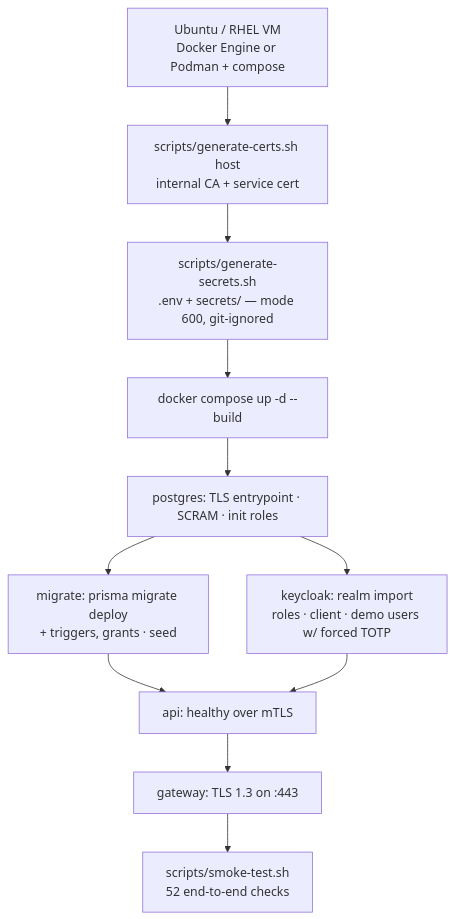
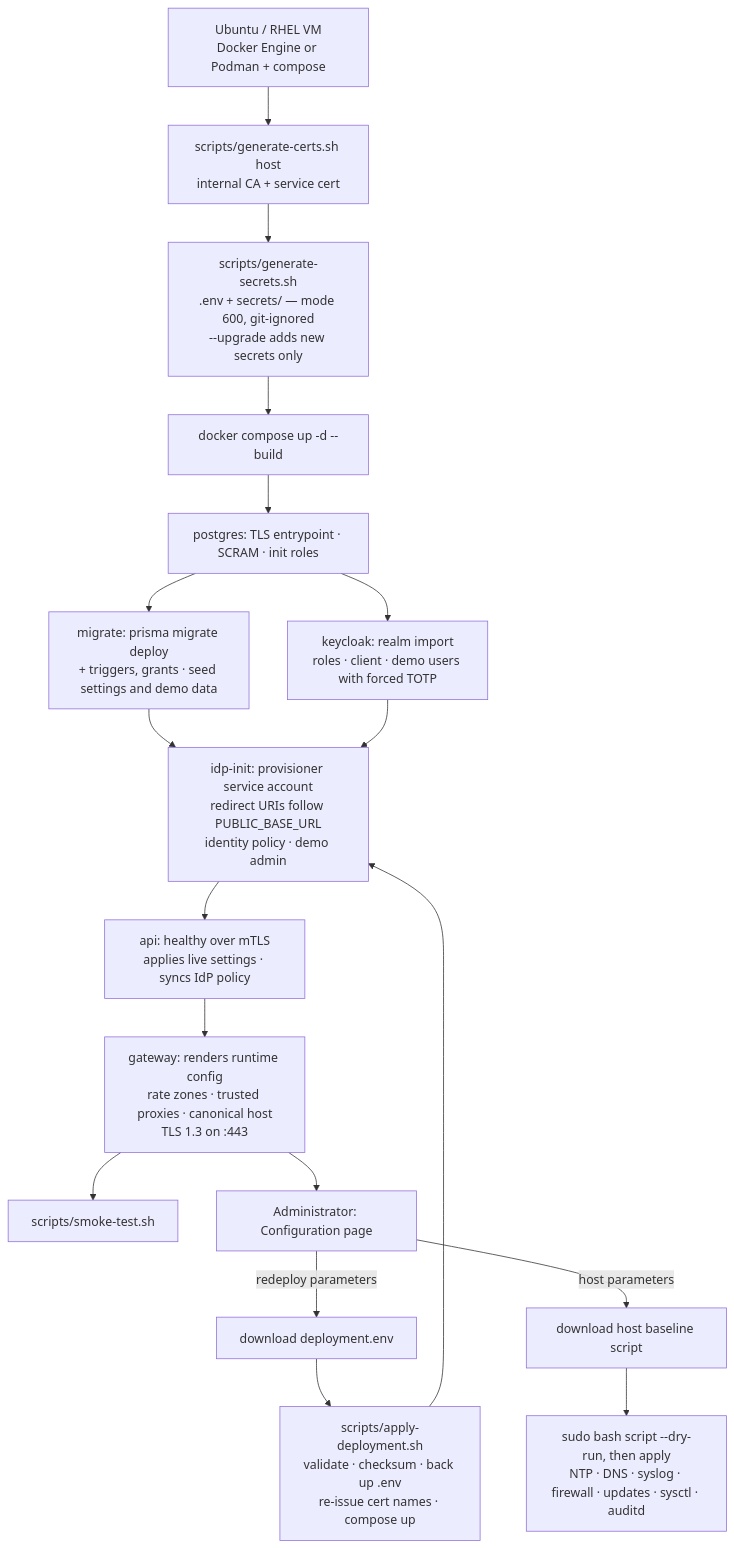
The ninth of 11 diagrams in docs/FLOWCHARTS.md (subas-007/CISO_DASHBOARD), drawn with Mermaid before and after one commit. The commit also changed other lines of this file and 99 other files, not shown here.

````diff
--- a/docs/FLOWCHARTS.md
+++ b/docs/FLOWCHARTS.md
@@ -216,13 +216,20 @@
 ```mermaid
 flowchart TD
     A[Ubuntu / RHEL VM<br/>Docker Engine or Podman + compose] --> B[scripts/generate-certs.sh host<br/>internal CA + service cert]
-    B --> C[scripts/generate-secrets.sh<br/>.env + secrets/ — mode 600, git-ignored]
+    B --> C[scripts/generate-secrets.sh<br/>.env + secrets/ — mode 600, git-ignored<br/>--upgrade adds new secrets only]
     C --> D[docker compose up -d --build]
     D --> E[postgres: TLS entrypoint · SCRAM · init roles]
-    E --> F[migrate: prisma migrate deploy<br/>+ triggers, grants · seed]
-    E --> G[keycloak: realm import<br/>roles · client · demo users w/ forced TOTP]
-    F --> H[api: healthy over mTLS]
-    G --> H
-    H --> I[gateway: TLS 1.3 on :443]
-    I --> J[scripts/smoke-test.sh<br/>52 end-to-end checks]
+    E --> F[migrate: prisma migrate deploy<br/>+ triggers, grants · seed settings and demo data]
+    E --> G[keycloak: realm import<br/>roles · client · demo users with forced TOTP]
+    F --> K[idp-init: provisioner service account<br/>redirect URIs follow PUBLIC_BASE_URL<br/>identity policy · demo admin]
+    G --> K
+    K --> H[api: healthy over mTLS<br/>applies live settings · syncs IdP policy]
+    H --> I[gateway: renders runtime config<br/>rate zones · trusted proxies · canonical host<br/>TLS 1.3 on :443]
+    I --> J[scripts/smoke-test.sh]
+    I --> L[Administrator: Configuration page]
+    L -->|redeploy parameters| M[download deployment.env]
+    M --> N[scripts/apply-deployment.sh<br/>validate · checksum · back up .env<br/>re-issue cert names · compose up]
+    N --> K
+    L -->|host parameters| O[download host baseline script]
+    O --> P[sudo bash script --dry-run, then apply<br/>NTP · DNS · syslog · firewall · updates · sysctl · auditd]
 ```
````
